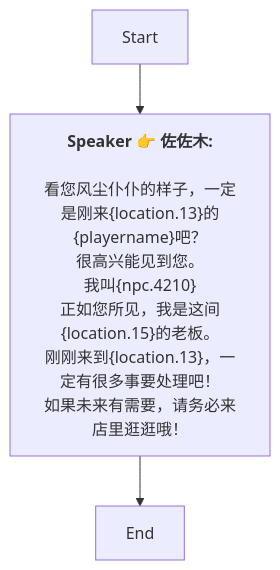
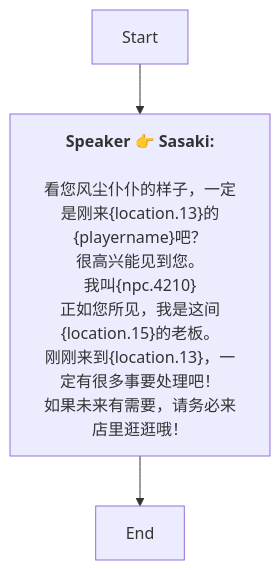
One commit to SoftHu/tos_avg changed the diagram in Zh/AddDialogNode_1741913201187106.md. Above: the diagram before and after it, drawn with Mermaid. The commit also changed 737 other files, not shown here.

````diff
--- a/Zh/AddDialogNode_1741913201187106.md
+++ b/Zh/AddDialogNode_1741913201187106.md
@@ -1,13 +1,10 @@
 ```mermaid
 graph
-Start -->1741913256429861[<b>Speaker 👉 佐佐木:</b>
-
-看您风尘仆仆的样子，一定是刚来&lbrace;location.13&rbrace;的&lbrace;playername&rbrace;吧？
-很高兴能见到您。
-我叫&lbrace;npc.4210&rbrace;
-正如您所见，我是这间&lbrace;location.15&rbrace;的老板。
-刚刚来到&lbrace;location.13&rbrace;，一定有很多事要处理吧！
+Start -->1741913256429861[<b>Speaker 👉 Sasaki:</b>
+\n看您风尘仆仆的样子，一定是刚来&lbrace;location.13&rbrace;的&lbrace;playername&rbrace;吧？
+很高兴能见到您。\n我叫&lbrace;npc.4210&rbrace;
+正如您所见，我是这间&lbrace;location.15&rbrace;的老板。\n刚刚来到&lbrace;location.13&rbrace;，一定有很多事要处理吧！
 如果未来有需要，请务必来店里逛逛哦！]
 1741913256429861 -->1741913522488614[End]
 
- ```
+```
````
